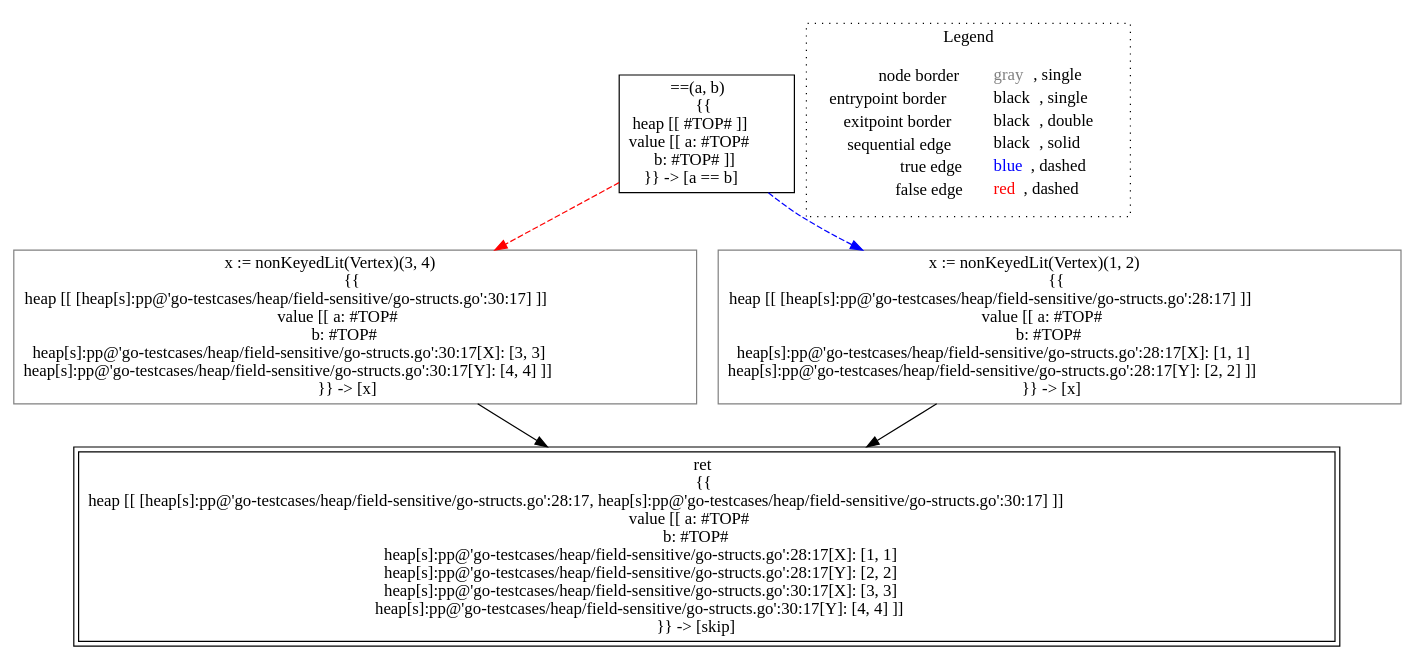
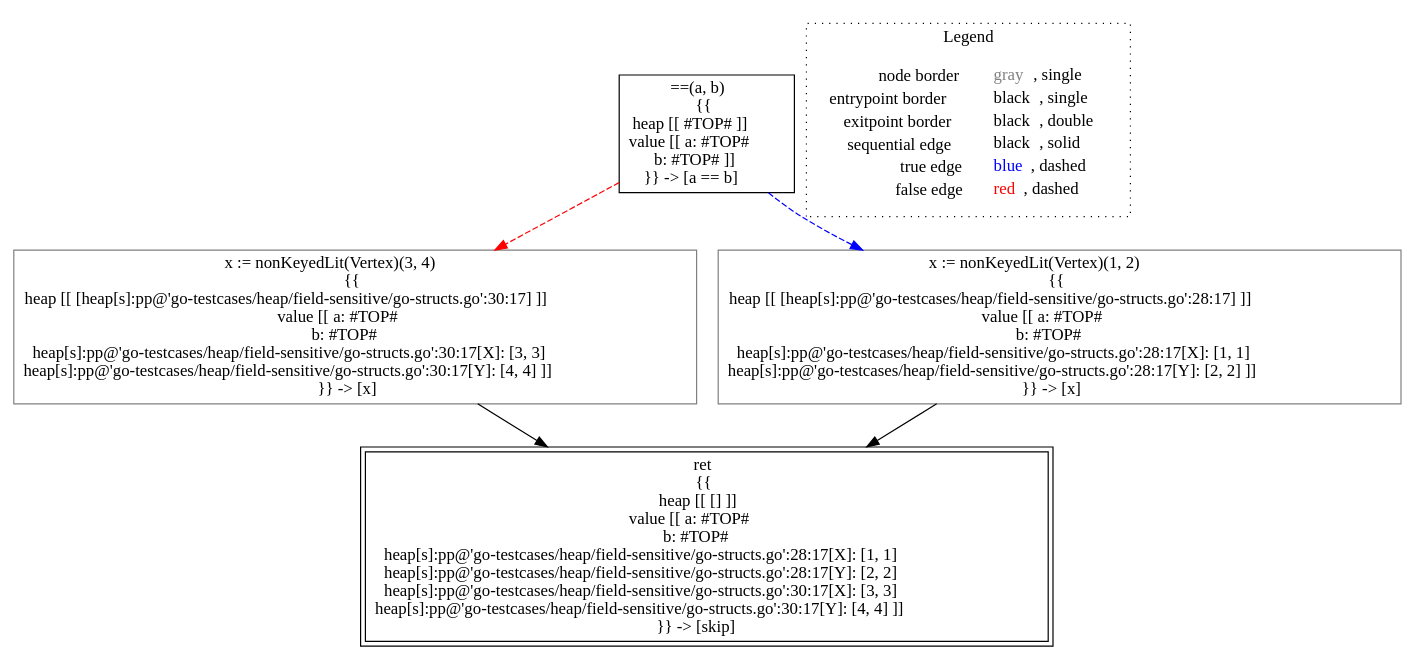
Before and after one commit to lisa-analyzer/go-lisa: the diagram in go-lisa/go-testcases/heap/field-sensitive/analysis___untyped_~LiSAProgram.ifAlloc(int_a,_int_b).dot, drawn with Graphviz. The commit also changed 6 other files, not shown here.

```diff
--- a/go-lisa/go-testcases/heap/field-sensitive/analysis___untyped_~LiSAProgram.ifAlloc(int_a,_int_b).dot
+++ b/go-lisa/go-testcases/heap/field-sensitive/analysis___untyped_~LiSAProgram.ifAlloc(int_a,_int_b).dot
@@ -1,17 +1,17 @@
 digraph {
 	"node0" [shape="rect",color="black",label=<==(a, b)<BR/>{{<BR/>heap [[ #TOP# ]]<BR/>value [[ a: #TOP#<BR/>b: #TOP# ]]<BR/>}} -&gt; [a == b]>];
 	"node1" [shape="rect",color="gray",label=<x := nonKeyedLit(Vertex)(3, 4)<BR/>{{<BR/>heap [[ [heap[s]:pp@'go-testcases/heap/field-sensitive/go-structs.go':30:17] ]]<BR/>value [[ a: #TOP#<BR/>b: #TOP#<BR/>heap[s]:pp@'go-testcases/heap/field-sensitive/go-structs.go':30:17[X]: [3, 3]<BR/>heap[s]:pp@'go-testcases/heap/field-sensitive/go-structs.go':30:17[Y]: [4, 4] ]]<BR/>}} -&gt; [x]>];
-	"node2" [shape="rect",color="black",peripheries="2",label=<ret<BR/>{{<BR/>heap [[ [heap[s]:pp@'go-testcases/heap/field-sensitive/go-structs.go':28:17, heap[s]:pp@'go-testcases/heap/field-sensitive/go-structs.go':30:17] ]]<BR/>value [[ a: #TOP#<BR/>b: #TOP#<BR/>heap[s]:pp@'go-testcases/heap/field-sensitive/go-structs.go':28:17[X]: [1, 1]<BR/>heap[s]:pp@'go-testcases/heap/field-sensitive/go-structs.go':28:17[Y]: [2, 2]<BR/>heap[s]:pp@'go-testcases/heap/field-sensitive/go-structs.go':30:17[X]: [3, 3]<BR/>heap[s]:pp@'go-testcases/heap/field-sensitive/go-structs.go':30:17[Y]: [4, 4] ]]<BR/>}} -&gt; [skip]>];
-	"node3" [shape="rect",color="gray",label=<x := nonKeyedLit(Vertex)(1, 2)<BR/>{{<BR/>heap [[ [heap[s]:pp@'go-testcases/heap/field-sensitive/go-structs.go':28:17] ]]<BR/>value [[ a: #TOP#<BR/>b: #TOP#<BR/>heap[s]:pp@'go-testcases/heap/field-sensitive/go-structs.go':28:17[X]: [1, 1]<BR/>heap[s]:pp@'go-testcases/heap/field-sensitive/go-structs.go':28:17[Y]: [2, 2] ]]<BR/>}} -&gt; [x]>];
-	"node1" -> "node2" [color="black"];
+	"node2" [shape="rect",color="gray",label=<x := nonKeyedLit(Vertex)(1, 2)<BR/>{{<BR/>heap [[ [heap[s]:pp@'go-testcases/heap/field-sensitive/go-structs.go':28:17] ]]<BR/>value [[ a: #TOP#<BR/>b: #TOP#<BR/>heap[s]:pp@'go-testcases/heap/field-sensitive/go-structs.go':28:17[X]: [1, 1]<BR/>heap[s]:pp@'go-testcases/heap/field-sensitive/go-structs.go':28:17[Y]: [2, 2] ]]<BR/>}} -&gt; [x]>];
+	"node3" [shape="rect",color="black",peripheries="2",label=<ret<BR/>{{<BR/>heap [[ [] ]]<BR/>value [[ a: #TOP#<BR/>b: #TOP#<BR/>heap[s]:pp@'go-testcases/heap/field-sensitive/go-structs.go':28:17[X]: [1, 1]<BR/>heap[s]:pp@'go-testcases/heap/field-sensitive/go-structs.go':28:17[Y]: [2, 2]<BR/>heap[s]:pp@'go-testcases/heap/field-sensitive/go-structs.go':30:17[X]: [3, 3]<BR/>heap[s]:pp@'go-testcases/heap/field-sensitive/go-structs.go':30:17[Y]: [4, 4] ]]<BR/>}} -&gt; [skip]>];
+	"node1" -> "node3" [color="black"];
+	"node2" -> "node3" [color="black"];
 	"node0" -> "node1" [color="red",style="dashed"];
-	"node0" -> "node3" [color="blue",style="dashed"];
-	"node3" -> "node2" [color="black"];
+	"node0" -> "node2" [color="blue",style="dashed"];
 subgraph cluster_legend {
 	label="Legend";
 	style=dotted;
 	node [shape=plaintext];
 	"legend" [label=<<table border="0" cellpadding="2" cellspacing="0" cellborder="0"><tr><td align="right">node border&nbsp;</td><td align="left"><font color="gray">gray</font>, single</td></tr><tr><td align="right">entrypoint border&nbsp;</td><td align="left"><font color="black">black</font>, single</td></tr><tr><td align="right">exitpoint border&nbsp;</td><td align="left"><font color="black">black</font>, double</td></tr><tr><td align="right">sequential edge&nbsp;</td><td align="left"><font color="black">black</font>, solid</td></tr><tr><td align="right">true edge&nbsp;</td><td align="left"><font color="blue">blue</font>, dashed</td></tr><tr><td align="right">false edge&nbsp;</td><td align="left"><font color="red">red</font>, dashed</td></tr></table>>];
 }
 
 }
```
